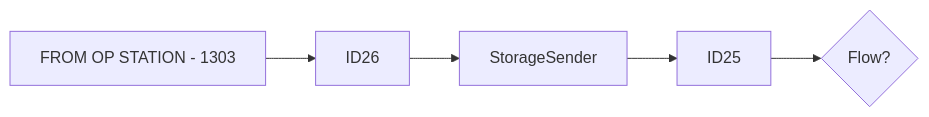
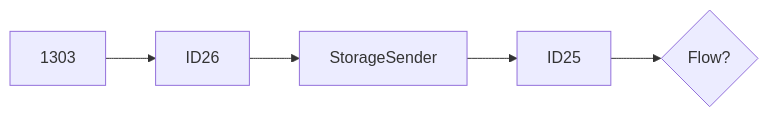
One commit to luthfiadityaa/SimeDarby-Wiki changed the third of 7 diagrams in Basic-Design/DFD-WMS/Retrieval/QC-Setting/Retrieval-for-QC-Start.md. Above: the diagram before and after it, drawn with Mermaid.

Commit message:
Updated Retrieval for QC Start

```diff
--- a/Basic-Design/DFD-WMS/Retrieval/QC-Setting/Retrieval-for-QC-Start.md
+++ b/Basic-Design/DFD-WMS/Retrieval/QC-Setting/Retrieval-for-QC-Start.md
@@ -28,5 +28,5 @@
 ::: mermaid
 flowchart LR
   
-P1[FROM OP STATION - 1303]-->P2[ID26]-->P3[StorageSender]-->P4[ID25]-->Cond1{Flow?} 
+P1[1303]-->P2[ID26]-->P3[StorageSender]-->P4[ID25]-->Cond1{Flow?} 
 :::
```
